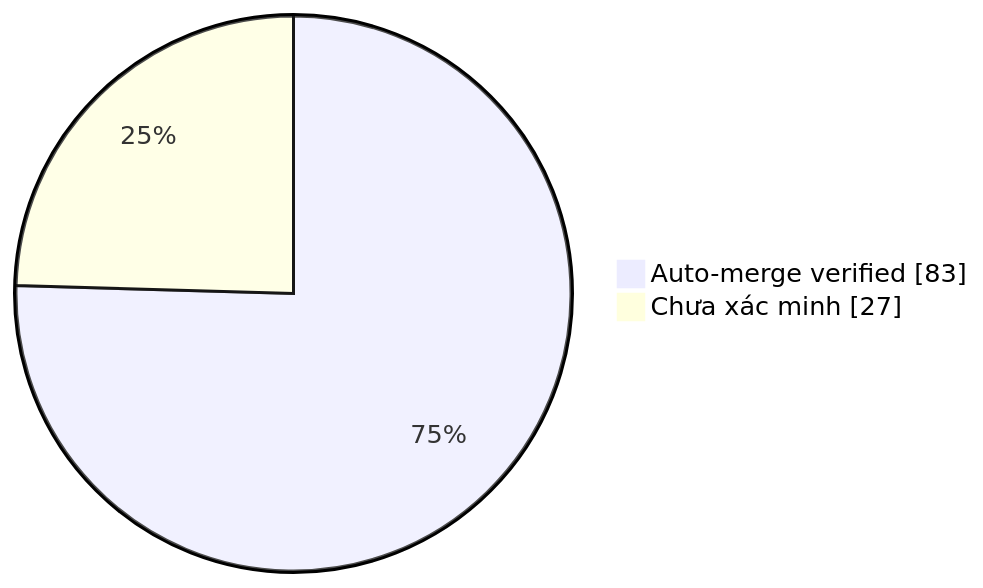
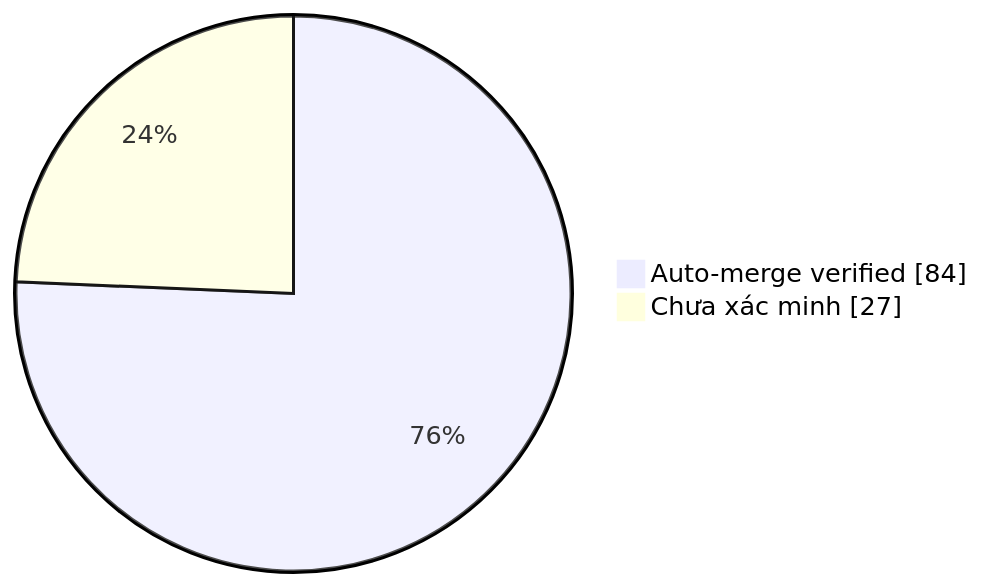
The diagram in collector.md (duykhang68/tetdinhmuiblog), drawn with Mermaid before and after one commit. The commit also changed other lines of this file and 1 other file, not shown here.

Commit message:
docs(collector): update auto-merge evidence dashboard

````diff
--- a/collector.md
+++ b/collector.md
@@ -22,5 +22,5 @@
 ```mermaid
 pie showData
-    "Auto-merge verified" : 83
+    "Auto-merge verified" : 84
     "Chưa xác minh" : 27
 ```
````
